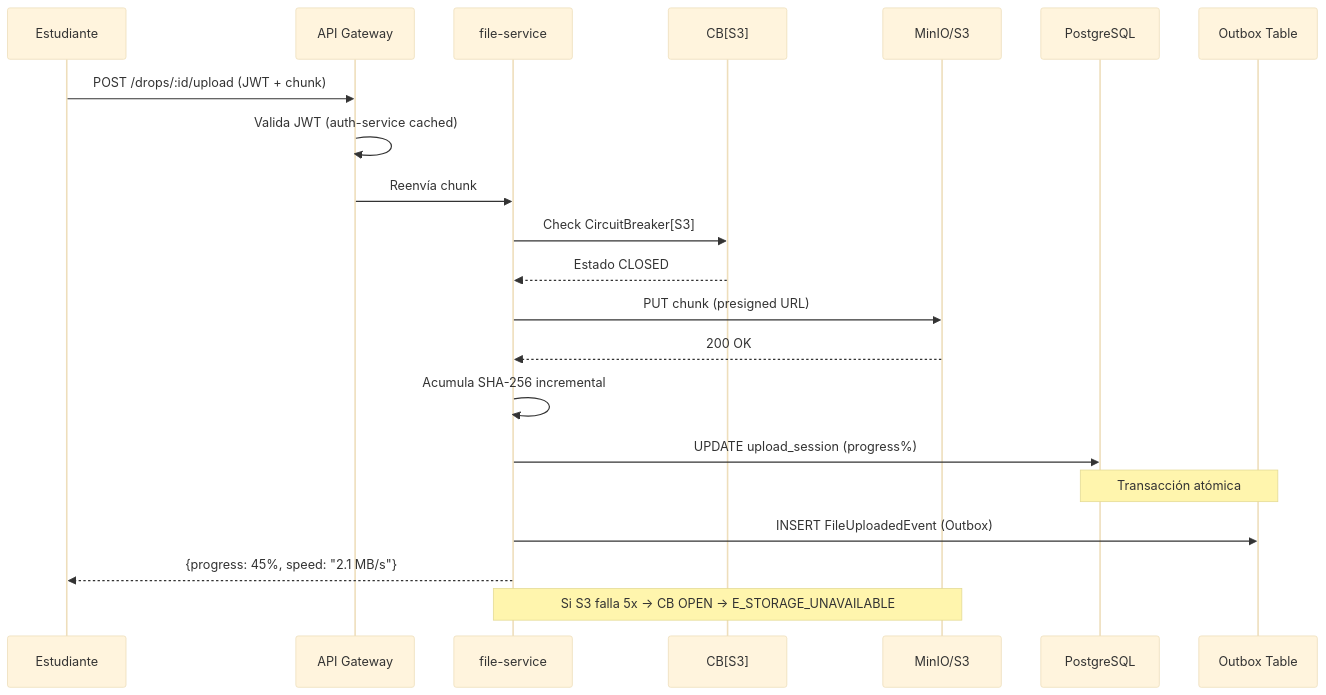
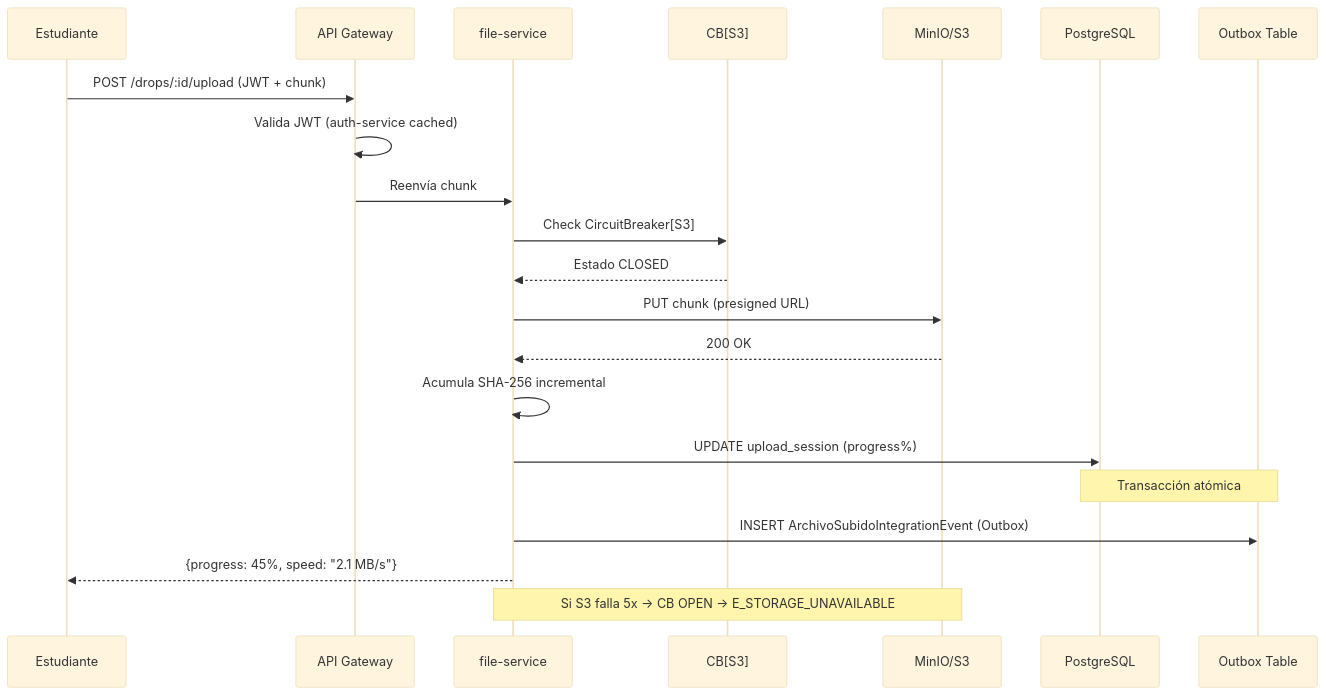
One commit to cgomez-mpsia/simoncloud-m3 changed the fourth of 9 diagrams in docs/DTI.md. Above: the diagram before and after it, drawn with Mermaid (base theme). The commit also changed other lines of this file, not shown here.

First line of the commit message:
fix(dti): sincronizar DTI con código POC-03 — evento ArchivoSubido y Docker Swarm

````diff
--- a/docs/DTI.md
+++ b/docs/DTI.md
@@ -172,24 +172,24 @@
 ```mermaid
 sequenceDiagram
     participant E as Estudiante
     participant GW as API Gateway
     participant FS as file-service
     participant CB as CB[S3]
     participant S3 as MinIO/S3
     participant BD as PostgreSQL
     participant OB as Outbox Table
 
     E->>GW: POST /drops/:id/upload (JWT + chunk)
     GW->>GW: Valida JWT (auth-service cached)
     GW->>FS: Reenvía chunk
     FS->>CB: Check CircuitBreaker[S3]
     CB-->>FS: Estado CLOSED
     FS->>S3: PUT chunk (presigned URL)
     S3-->>FS: 200 OK
     FS->>FS: Acumula SHA-256 incremental
     FS->>BD: UPDATE upload_session (progress%)
     Note over BD,OB: Transacción atómica
-    FS->>OB: INSERT FileUploadedEvent (Outbox)
+    FS->>OB: INSERT ArchivoSubidoIntegrationEvent (Outbox)
     FS-->>E: {progress: 45%, speed: "2.1 MB/s"}
     Note over FS,S3: Si S3 falla 5x → CB OPEN → E_STORAGE_UNAVAILABLE
 ```
````
